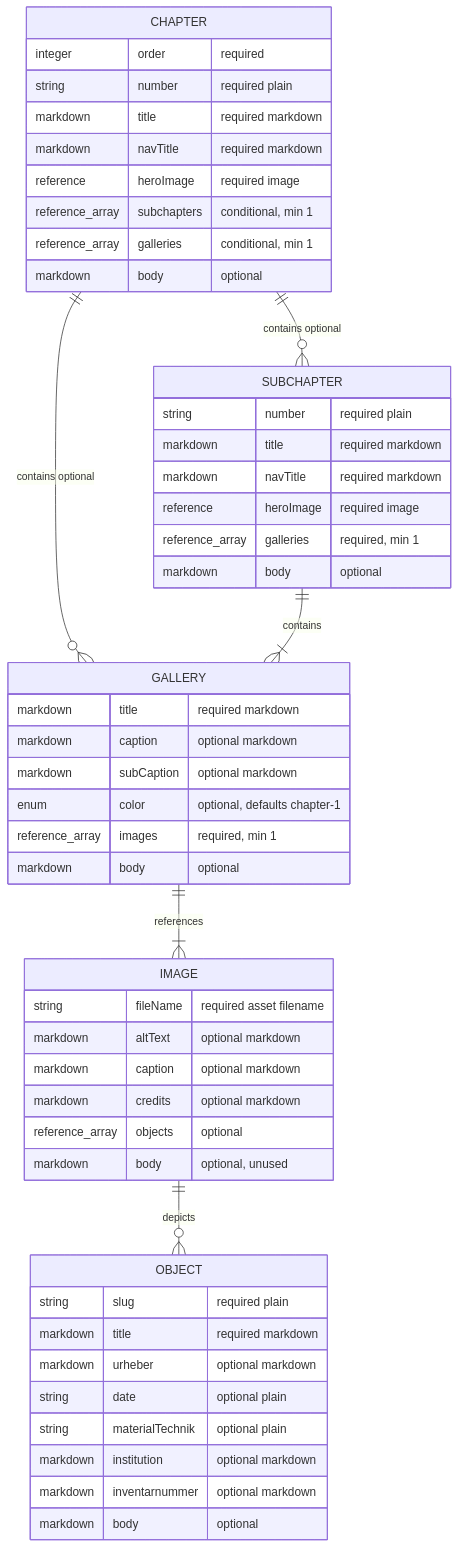
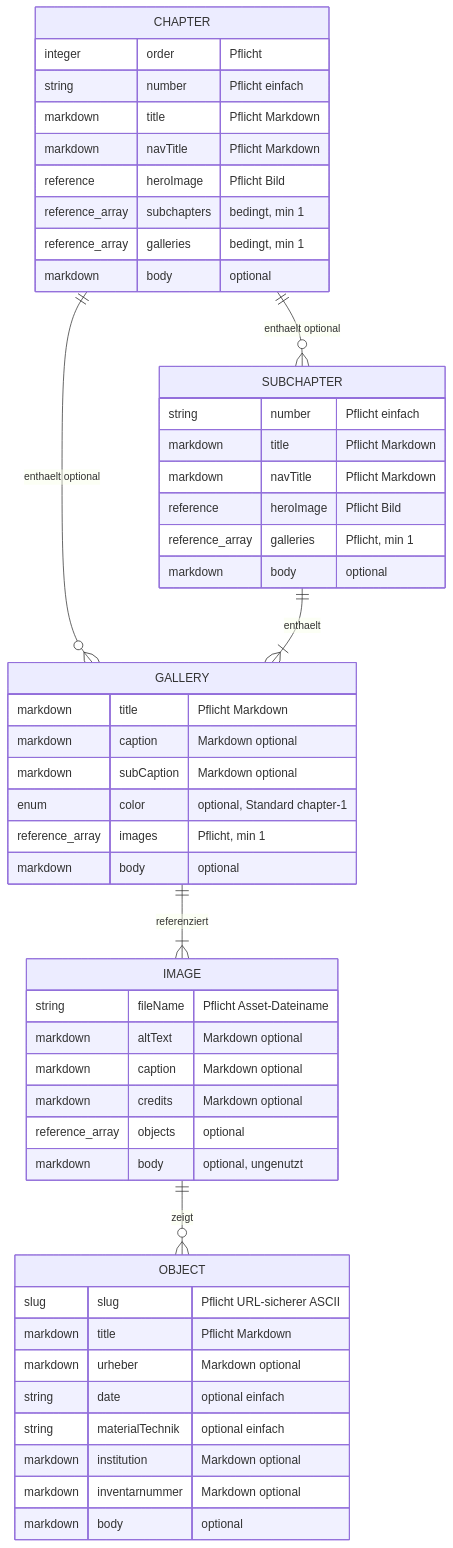
The diagram in docs/content-model.md (Theodor-Springmann-Stiftung/hebel-ausstellung), drawn with Mermaid before and after one commit. The commit also changed other lines of this file and 2 other files, not shown here.

````diff
--- a/docs/content-model.md
+++ b/docs/content-model.md
@@ -192,57 +228,57 @@
 ```mermaid
 erDiagram
-  CHAPTER ||--o{ SUBCHAPTER : "contains optional"
-  CHAPTER ||--o{ GALLERY : "contains optional"
-  SUBCHAPTER ||--|{ GALLERY : "contains"
-  GALLERY ||--|{ IMAGE : "references"
-  IMAGE ||--o{ OBJECT : "depicts"
+  CHAPTER ||--o{ SUBCHAPTER : "enthaelt optional"
+  CHAPTER ||--o{ GALLERY : "enthaelt optional"
+  SUBCHAPTER ||--|{ GALLERY : "enthaelt"
+  GALLERY ||--|{ IMAGE : "referenziert"
+  IMAGE ||--o{ OBJECT : "zeigt"
 
   CHAPTER {
-    integer order "required"
-    string number "required plain"
-    markdown title "required markdown"
-    markdown navTitle "required markdown"
-    reference heroImage "required image"
-    reference_array subchapters "conditional, min 1"
-    reference_array galleries "conditional, min 1"
+    integer order "Pflicht"
+    string number "Pflicht einfach"
+    markdown title "Pflicht Markdown"
+    markdown navTitle "Pflicht Markdown"
+    reference heroImage "Pflicht Bild"
+    reference_array subchapters "bedingt, min 1"
+    reference_array galleries "bedingt, min 1"
     markdown body "optional"
   }
 
   SUBCHAPTER {
-    string number "required plain"
-    markdown title "required markdown"
-    markdown navTitle "required markdown"
-    reference heroImage "required image"
-    reference_array galleries "required, min 1"
+    string number "Pflicht einfach"
+    markdown title "Pflicht Markdown"
+    markdown navTitle "Pflicht Markdown"
+    reference heroImage "Pflicht Bild"
+    reference_array galleries "Pflicht, min 1"
     markdown body "optional"
   }
 
   GALLERY {
-    markdown title "required markdown"
-    markdown caption "optional markdown"
-    markdown subCaption "optional markdown"
-    enum color "optional, defaults chapter-1"
-    reference_array images "required, min 1"
+    markdown title "Pflicht Markdown"
+    markdown caption "Markdown optional"
+    markdown subCaption "Markdown optional"
+    enum color "optional, Standard chapter-1"
+    reference_array images "Pflicht, min 1"
     markdown body "optional"
   }
 
   IMAGE {
-    string fileName "required asset filename"
-    markdown altText "optional markdown"
-    markdown caption "optional markdown"
-    markdown credits "optional markdown"
+    string fileName "Pflicht Asset-Dateiname"
+    markdown altText "Markdown optional"
+    markdown caption "Markdown optional"
+    markdown credits "Markdown optional"
     reference_array objects "optional"
-    markdown body "optional, unused"
+    markdown body "optional, ungenutzt"
   }
 
   OBJECT {
-    string slug "required plain"
-    markdown title "required markdown"
-    markdown urheber "optional markdown"
-    string date "optional plain"
-    string materialTechnik "optional plain"
-    markdown institution "optional markdown"
-    markdown inventarnummer "optional markdown"
+    slug slug "Pflicht URL-sicherer ASCII"
+    markdown title "Pflicht Markdown"
+    markdown urheber "Markdown optional"
+    string date "optional einfach"
+    string materialTechnik "optional einfach"
+    markdown institution "Markdown optional"
+    markdown inventarnummer "Markdown optional"
     markdown body "optional"
   }
 ```
````
